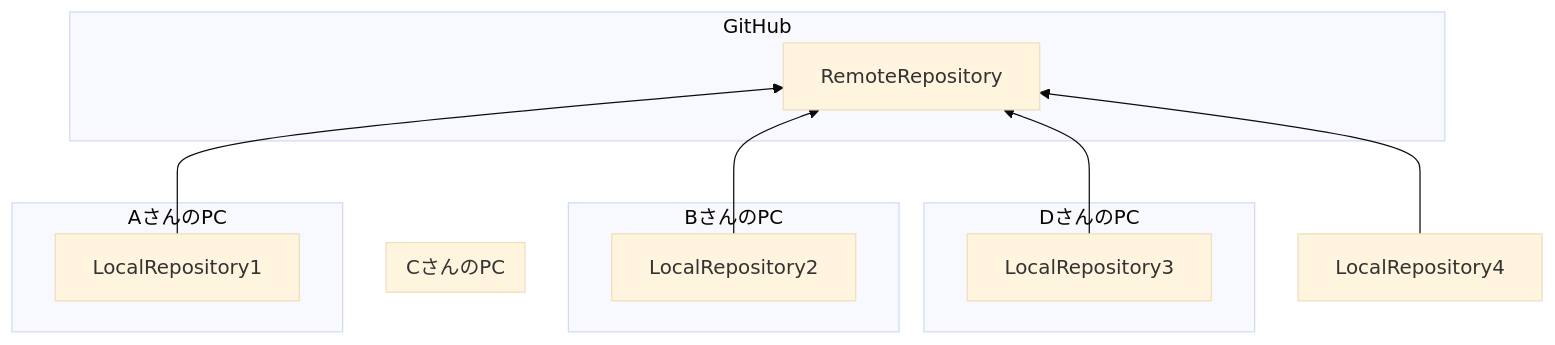
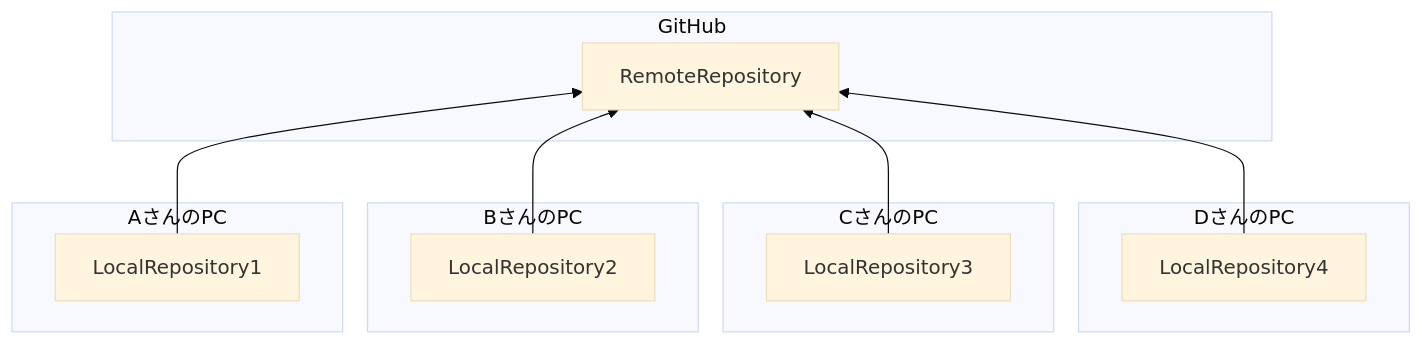
Before and after one commit to okano-tomoyuki/github_introduction: the third of 3 diagrams in README.md, drawn with Mermaid (base theme).

````diff
--- a/README.md
+++ b/README.md
@@ -114,29 +114,29 @@
 ``` mermaid
 graph BT
 
   subgraph GitHub
     RemoteRepository
   end
   
   subgraph AさんのPC 
     LocalRepository1
   end
   
   subgraph BさんのPC
     LocalRepository2
   end
   
   subgraph CさんのPC
-    LocalRepository2
+    LocalRepository3
   end
   
   subgraph DさんのPC
-    LocalRepository3
+    LocalRepository4
   end
   
   LocalRepository1 --> RemoteRepository
   LocalRepository2 --> RemoteRepository
   LocalRepository3 --> RemoteRepository
   LocalRepository4 --> RemoteRepository
   
 ```
````
